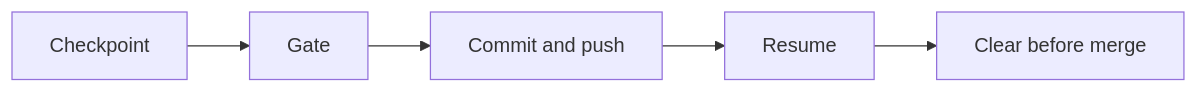
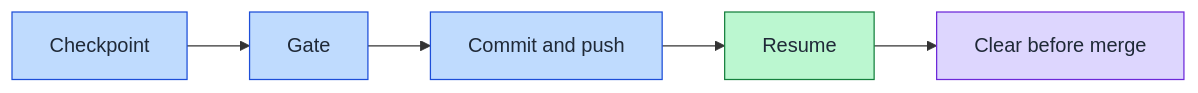
The diagram in docs/diagrams/pages/session-continuity.md (victusfate/scaffold), drawn with Mermaid before and after one commit. The commit also changed other lines of this file and 20 other files, not shown here.

First line of the commit message:
docs(diagram-explorer-md): lane colors from the diagram palette; short LLM block

````diff
--- a/docs/diagrams/pages/session-continuity.md
+++ b/docs/diagrams/pages/session-continuity.md
@@ -7,7 +7,13 @@
 ```mermaid
 flowchart LR
   n_checkpoint["Checkpoint"] --> n_gate["Gate"]
   n_gate["Gate"] --> n_push["Commit and push"]
   n_push["Commit and push"] --> n_resume["Resume"]
   n_resume["Resume"] --> n_merge["Clear before merge"]
+  classDef lane0 fill:#bfdbfe,stroke:#1d4ed8,color:#1f2937
+  classDef lane1 fill:#bbf7d0,stroke:#15803d,color:#1f2937
+  classDef lane2 fill:#ddd6fe,stroke:#6d28d9,color:#1f2937
+  class n_checkpoint,n_gate,n_push lane0
+  class n_resume lane1
+  class n_merge lane2
 ```
````
